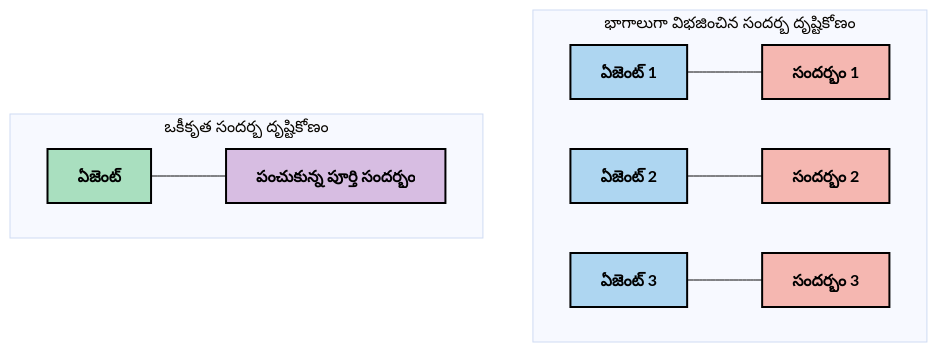
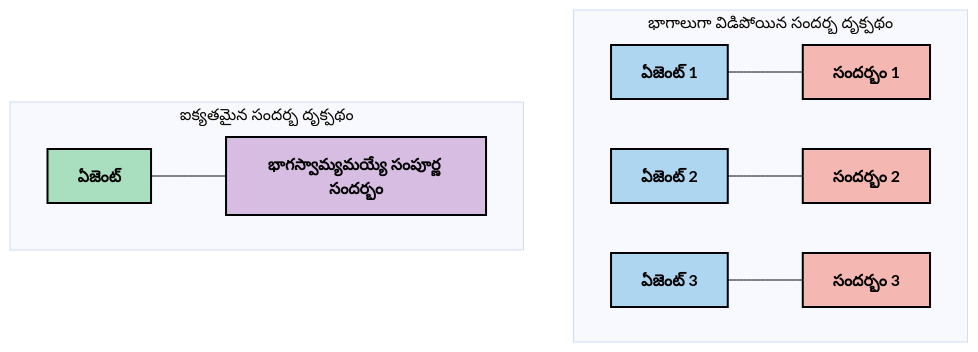
The second of 6 diagrams in mcp_ecosystem__model_context_protocol/mcp_learning_resources/mcp-for-beginners/translations/te/05-AdvancedTopics/mcp-contextengineering/README.md (HIDORAKAI002/ai-workspace-archive), drawn with Mermaid (base theme) before and after one commit. The commit also changed other lines of this file and 1046 other files, not shown here.

````diff
--- a/mcp_ecosystem__model_context_protocol/mcp_learning_resources/mcp-for-beginners/translations/te/05-AdvancedTopics/mcp-contextengineering/README.md
+++ b/mcp_ecosystem__model_context_protocol/mcp_learning_resources/mcp-for-beginners/translations/te/05-AdvancedTopics/mcp-contextengineering/README.md
@@ -71,21 +73,21 @@
 ```mermaid
 graph TD
-    subgraph "భాగాలుగా విభజించిన సందర్భ దృష్టికోణం"
+    subgraph "భాగాలుగా విడిపోయిన సందర్భ దృక్పథం"
     A1[ఏజెంట్ 1] --- C1[సందర్భం 1]
     A2[ఏజెంట్ 2] --- C2[సందర్భం 2]
     A3[ఏజెంట్ 3] --- C3[సందర్భం 3]
     end
     
-    subgraph "ఒకీకృత సందర్భ దృష్టికోణం"
-    B1[ఏజెంట్] --- D1[పంచుకున్న పూర్తి సందర్భం]
+    subgraph "ఐక్యతమైన సందర్భ దృక్పథం"
+    B1[ఏజెంట్] --- D1[భాగస్వామ్యమయ్యే సంపూర్ణ సందర్భం]
     end
     
     style A1 fill:#AED6F1,stroke:#000000,stroke-width:2px,color:#000000,font-weight:bold
     style A2 fill:#AED6F1,stroke:#000000,stroke-width:2px,color:#000000,font-weight:bold
     style A3 fill:#AED6F1,stroke:#000000,stroke-width:2px,color:#000000,font-weight:bold
     style B1 fill:#A9DFBF,stroke:#000000,stroke-width:2px,color:#000000,font-weight:bold
     style C1 fill:#F5B7B1,stroke:#000000,stroke-width:2px,color:#000000,font-weight:bold
     style C2 fill:#F5B7B1,stroke:#000000,stroke-width:2px,color:#000000,font-weight:bold
     style C3 fill:#F5B7B1,stroke:#000000,stroke-width:2px,color:#000000,font-weight:bold
     style D1 fill:#D7BDE2,stroke:#000000,stroke-width:2px,color:#000000,font-weight:bold
 ```
````
